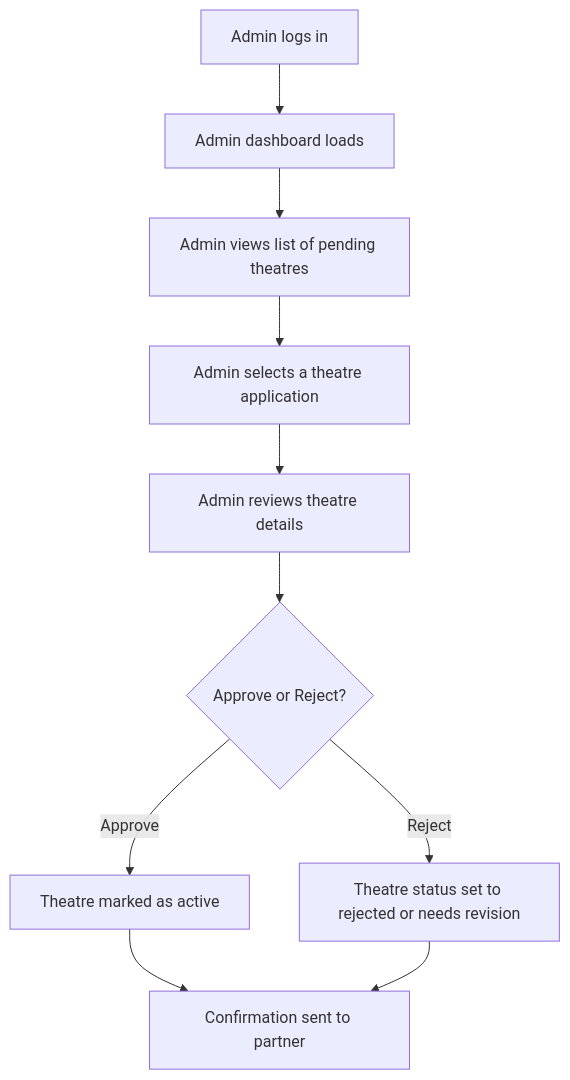
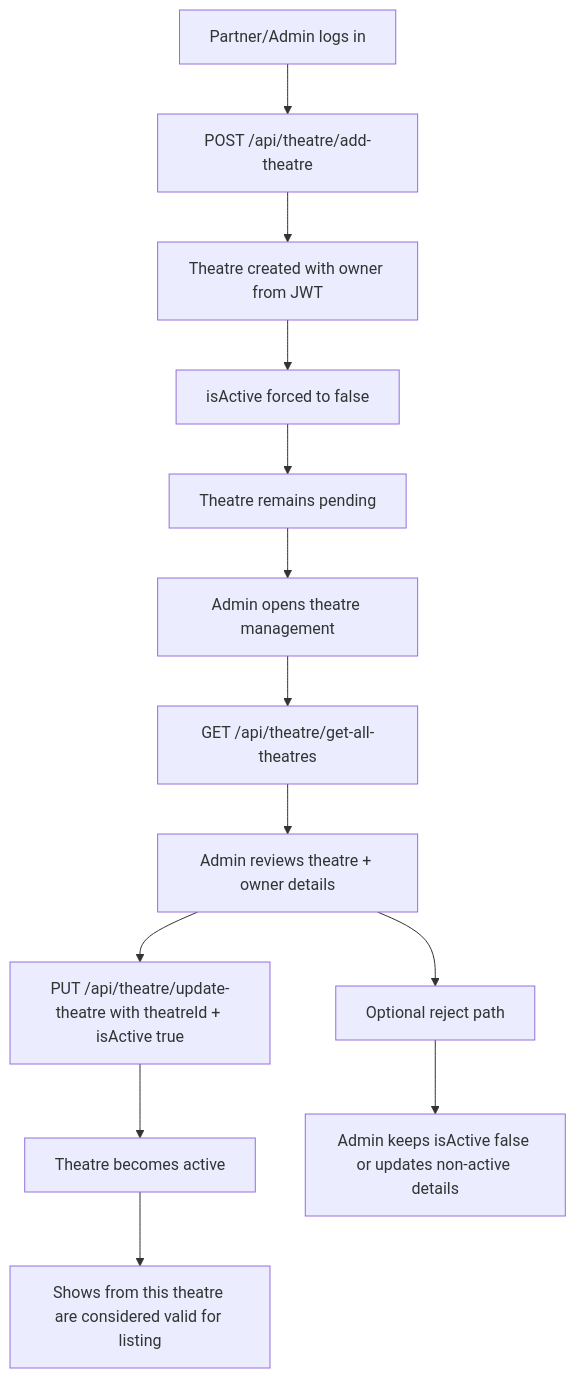
One commit to sanket-os/fullstack-capstone-project changed the diagram in Server/Docs/Flows/AdminApproveATheatre.md. Above: the diagram before and after it, drawn with Mermaid. The commit also changed other lines of this file and 14 other files, not shown here.

Commit message:
backend check & flow diagrams

````diff
--- a/Server/Docs/Flows/AdminApproveATheatre.md
+++ b/Server/Docs/Flows/AdminApproveATheatre.md
@@ -1,12 +3,18 @@
 ```mermaid
 flowchart TD
-  A[Admin logs in] --> B[Admin dashboard loads]
-  B --> C[Admin views list of pending theatres]
-  C --> D[Admin selects a theatre application]
-  D --> E[Admin reviews theatre details]
-  E --> F{Approve or Reject?}
-  F -- Approve --> G[Theatre marked as active]
-  F -- Reject --> H[Theatre status set to rejected or needs revision]
-  G --> I[Confirmation sent to partner]
-  H --> I
+
+  A[Partner/Admin logs in] --> B[POST /api/theatre/add-theatre]
+  B --> C[Theatre created with owner from JWT]
+  C --> D[isActive forced to false]
+  D --> E[Theatre remains pending]
+
+  E --> F[Admin opens theatre management]
+  F --> G[GET /api/theatre/get-all-theatres]
+  G --> H[Admin reviews theatre + owner details]
+  H --> I[PUT /api/theatre/update-theatre with theatreId + isActive true]
+  I --> J[Theatre becomes active]
+  J --> K[Shows from this theatre are considered valid for listing]
+
+  H --> L[Optional reject path]
+  L --> M[Admin keeps isActive false or updates non-active details]
 ```
````
